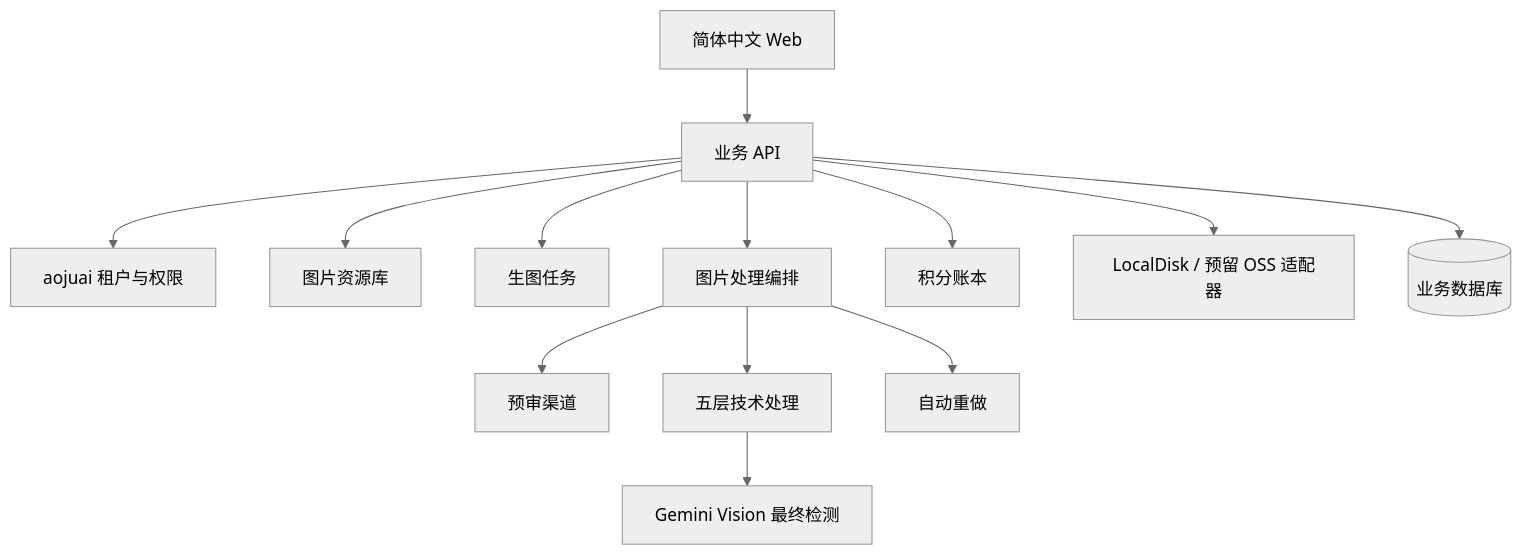
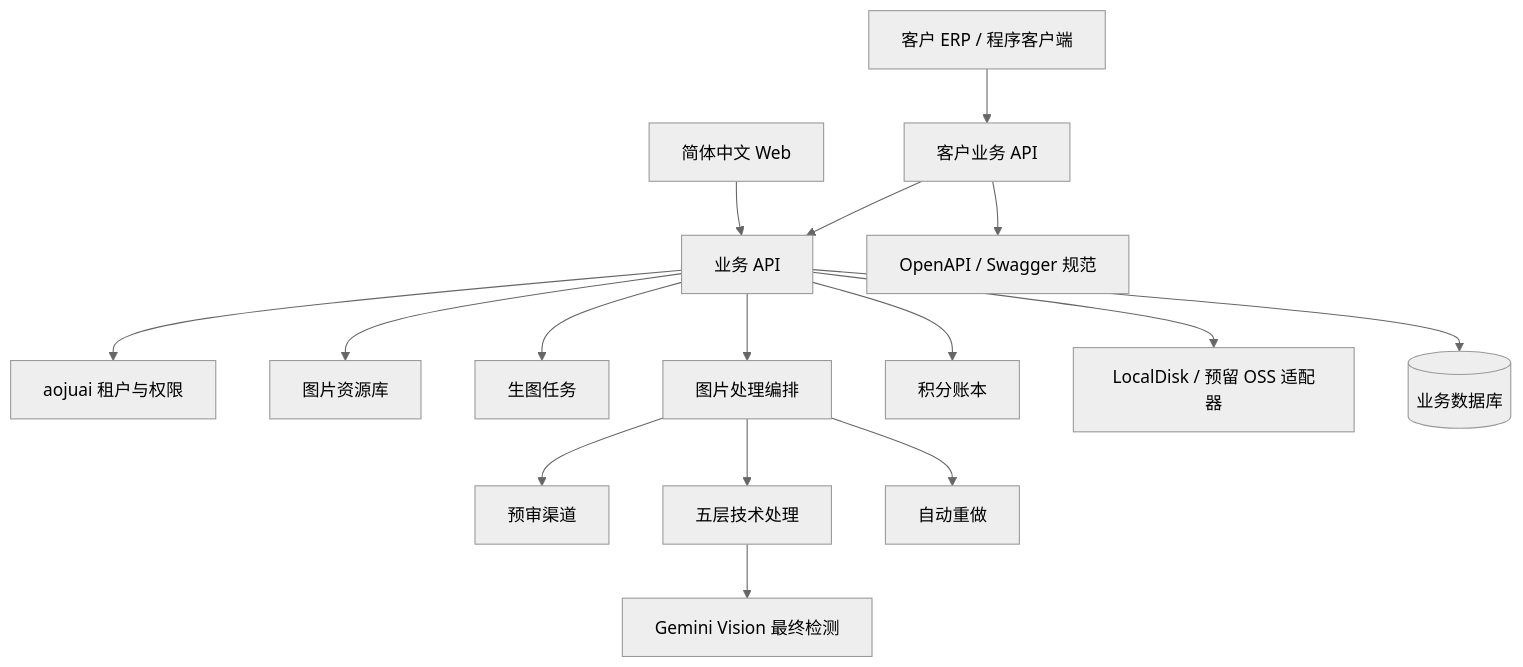
One commit to nancywrayg57-jpg/mihuanyuantu-v2 changed the third of 3 diagrams in docs/蜜獾原图-v2-PRD-v2.0.md. Above: the diagram before and after it, drawn with Mermaid (neutral theme). The commit also changed other lines of this file and 11 other files, not shown here.

````diff
--- a/docs/蜜獾原图-v2-PRD-v2.0.md
+++ b/docs/蜜獾原图-v2-PRD-v2.0.md
@@ -583,15 +622,18 @@
 ```mermaid
 flowchart TB
   UI[简体中文 Web] --> API[业务 API]
+  ERP[客户 ERP / 程序客户端] --> CAP[客户业务 API]
+  CAP --> SWAG[OpenAPI / Swagger 规范]
+  CAP --> API
   API --> TENANT[aojuai 租户与权限]
   API --> RES[图片资源库]
   API --> GEN[生图任务]
   API --> PROC[图片处理编排]
   PROC --> PRE[预审渠道]
   PROC --> PIPE[五层技术处理]
   PIPE --> VERIFY[Gemini Vision 最终检测]
   PROC --> AR[自动重做]
   API --> LEDGER[积分账本]
   API --> STORE[LocalDisk / 预留 OSS 适配器]
   API --> DB[(业务数据库)]
 ```
````
